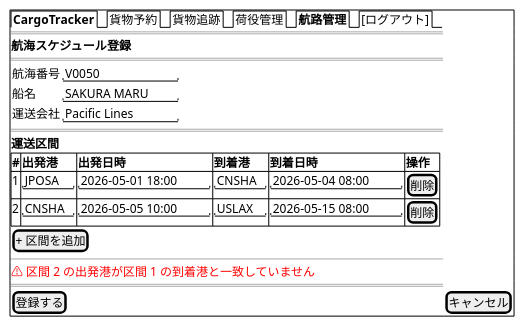
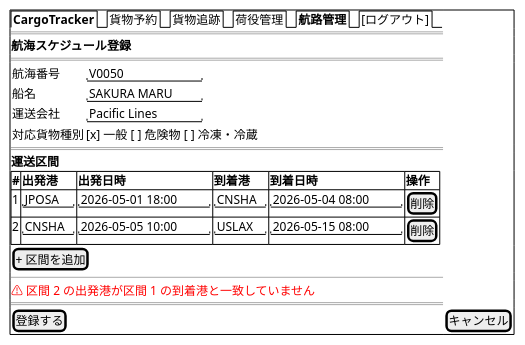
Diagram 15 of 25 in docs/design/ui_design.md (k2works/case-study-cargo-tracker), drawn with PlantUML before and after one commit. The commit also changed 2 other files, not shown here.

Commit message:
docs(design): IT3 着手前の設計論点を docs/design に反映（タスク 1.0）
- data-model: voyage に vessel_name/carrier/supported_cargo_types を追加（US24）、
  楽観ロック節をドメイン先行方式に統一（IT2 レビュー M1 の解決）
- domain-model: Routing Context に CandidateRoute 値オブジェクトと IRouteCandidateService
  ポートを追加定義。Estimation の RouteCandidate/IExternalRoutingServicePort と分離（BC 独立原則）
- ui_design: US24 航海登録フォームのワイヤーフレームに対応貨物種別フィールドを追記

````diff
--- a/docs/design/ui_design.md
+++ b/docs/design/ui_design.md
@@ -880,27 +880,28 @@
 ```plantuml
 @startsalt
 {+
   {/ <b>CargoTracker</b> | 貨物予約 | 貨物追跡 | 荷役管理 | <b>航路管理</b> | [ログアウト] }
   ==
   <b>航海スケジュール登録</b>
   ==
   {
-    航海番号 | "V0050         "
-    船名     | "SAKURA MARU   "
-    運送会社 | "Pacific Lines "
+    航海番号     | "V0050         "
+    船名         | "SAKURA MARU   "
+    運送会社     | "Pacific Lines "
+    対応貨物種別 | [x] 一般 [ ] 危険物 [ ] 冷凍・冷蔵
   }
   ==
   <b>運送区間</b>
   {#
     **#** | **出発港** | **出発日時**        | **到着港** | **到着日時**        | **操作**
     1     | "JPOSA "   | "2026-05-01 18:00" | "CNSHA "   | "2026-05-04 08:00" | [削除]
     2     | "CNSHA "   | "2026-05-05 10:00" | "USLAX "   | "2026-05-15 08:00" | [削除]
   }
   [+ 区間を追加]
   --
   <color:red>⚠ 区間 2 の出発港が区間 1 の到着港と一致していません</color>
   ==
   [登録する] | [キャンセル]
 }
 @endsalt
 ```
````
